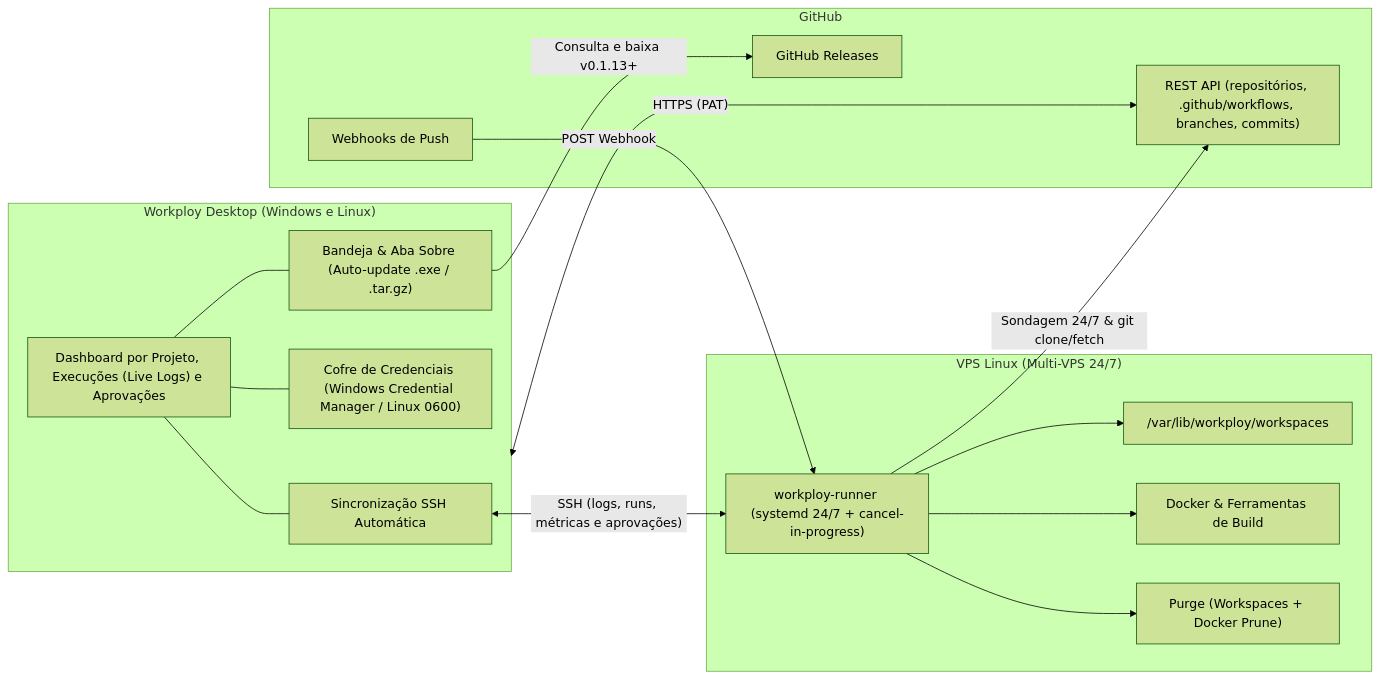
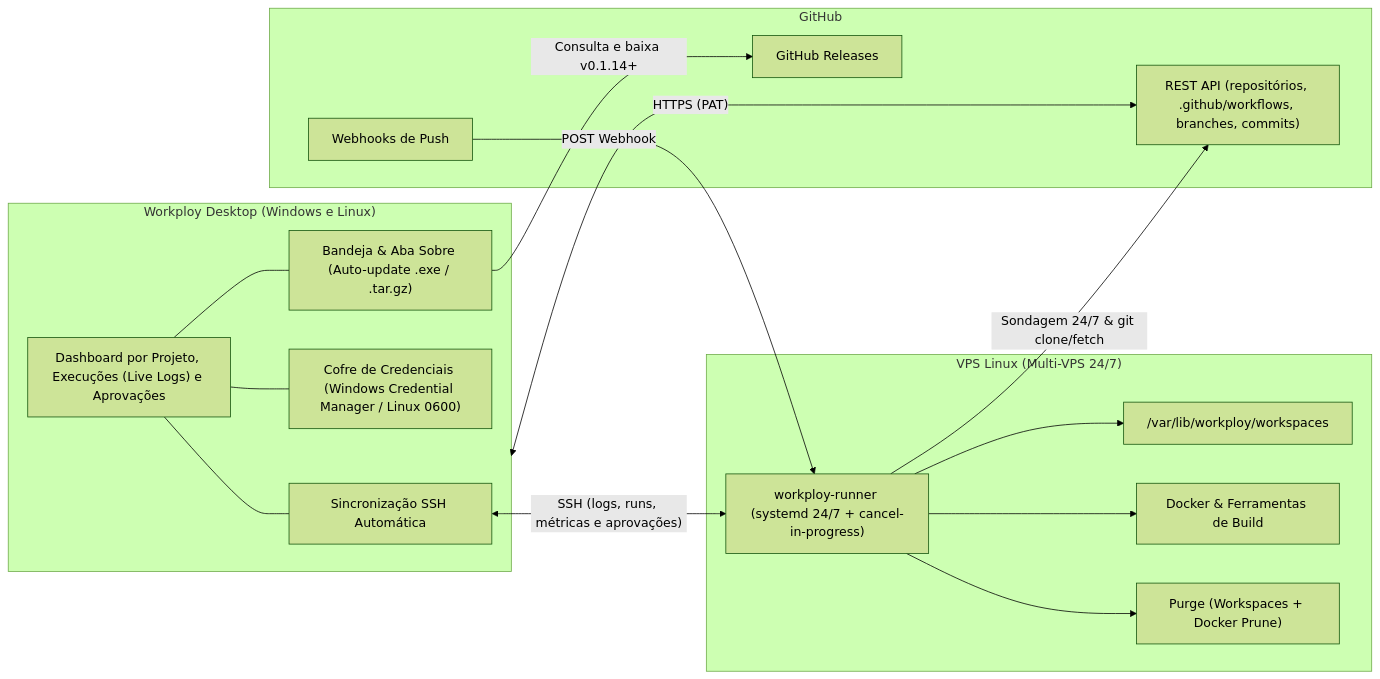
One commit to matheuswidder/w-workploy changed the diagram in README.md. Above: the diagram before and after it, drawn with Mermaid (forest theme). The commit also changed other lines of this file and 9 other files, not shown here.

````diff
--- a/README.md
+++ b/README.md
@@ -83,34 +83,34 @@
 ```mermaid
 flowchart LR
     subgraph Desktop["Workploy Desktop (Windows e Linux)"]
         UI["Dashboard por Projeto, Execuções (Live Logs) e Aprovações"]
         Sobre["Bandeja & Aba Sobre (Auto-update .exe / .tar.gz)"]
         Vault["Cofre de Credenciais (Windows Credential Manager / Linux 0600)"]
         Sync["Sincronização SSH Automática"]
         UI --- Sync
         UI --- Vault
         UI --- Sobre
     end
 
     subgraph GitHub["GitHub"]
         API["REST API (repositórios, .github/workflows, branches, commits)"]
         Hook["Webhooks de Push"]
         Releases["GitHub Releases"]
     end
 
     subgraph VPS["VPS Linux (Multi-VPS 24/7)"]
         Runner["workploy-runner (systemd 24/7 + cancel-in-progress)"]
         Workspaces["/var/lib/workploy/workspaces"]
         Docker["Docker & Ferramentas de Build"]
         Purge["Purge (Workspaces + Docker Prune)"]
         Runner --> Workspaces
         Runner --> Docker
         Runner --> Purge
     end
 
     Desktop <-->|"HTTPS (PAT)"| API
-    Sobre -->|"Consulta e baixa v0.1.13+"| Releases
+    Sobre -->|"Consulta e baixa v0.1.14+"| Releases
     Sync <-->|"SSH (logs, runs, métricas e aprovações)"| Runner
     Hook -->|"POST Webhook"| Runner
     Runner -->|"Sondagem 24/7 & git clone/fetch"| API
 ```
````
